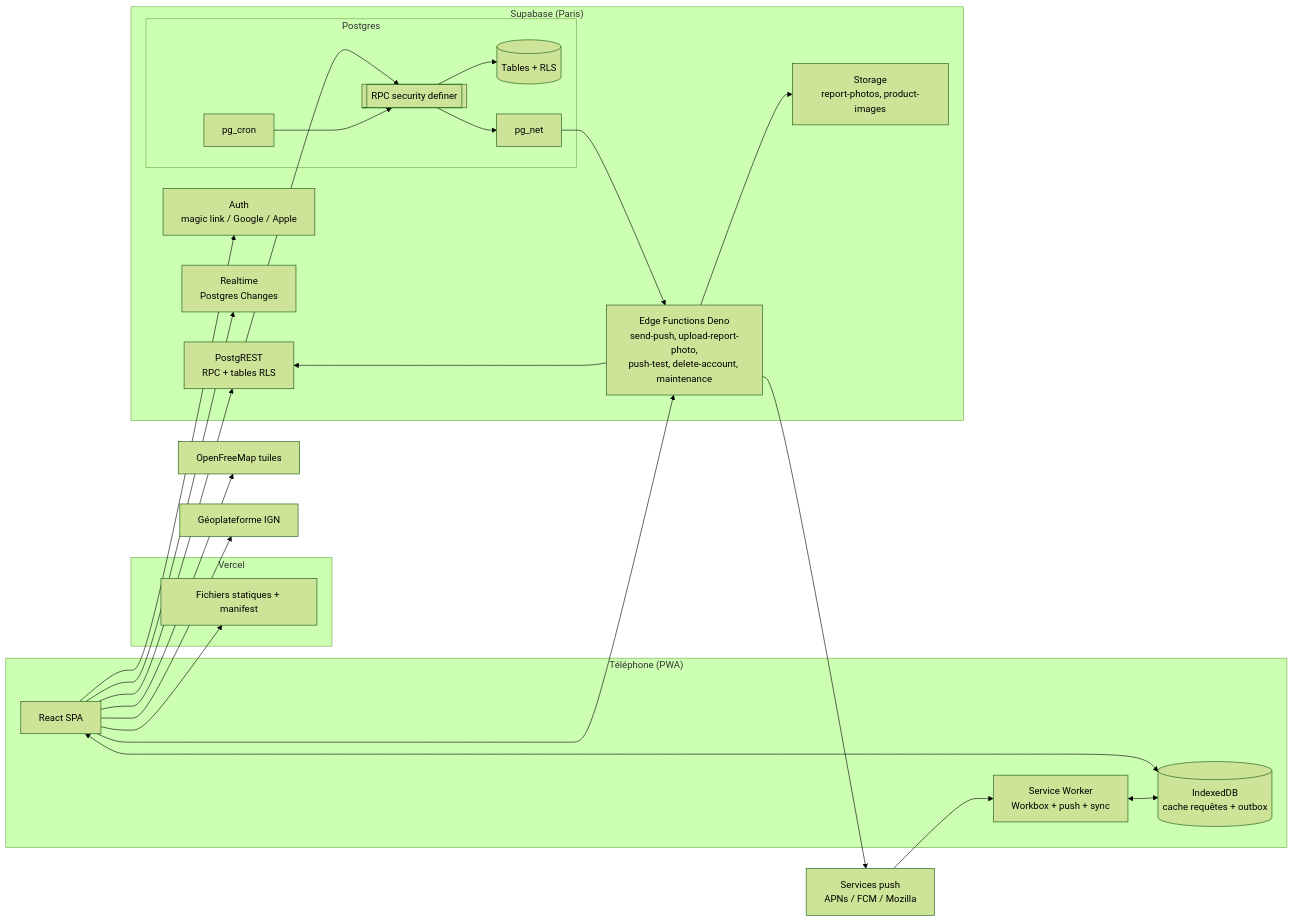
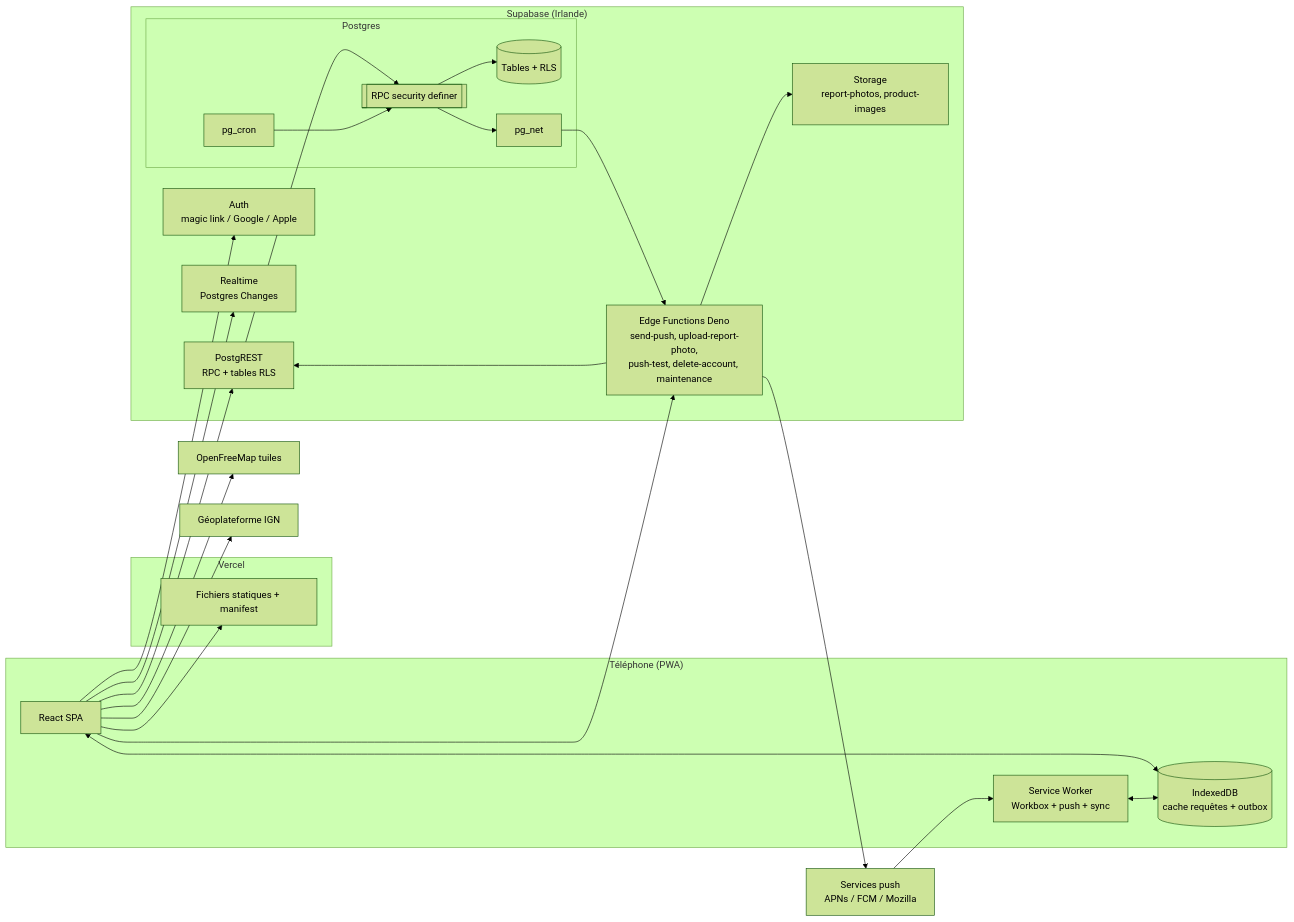
One commit to alexisheritier13-prog/pokemon changed the first of 7 diagrams in docs/architecture.md. Above: the diagram before and after it, drawn with Mermaid (forest theme). The commit also changed other lines of this file and 2 other files, not shown here.

Commit message:
docs: story 1.5 applied to production; Supabase region is eu-west-1

````diff
--- a/docs/architecture.md
+++ b/docs/architecture.md
@@ -58,42 +58,42 @@
 ```mermaid
 graph LR
   subgraph Client["Téléphone (PWA)"]
     UI[React SPA]
     SW[Service Worker<br/>Workbox + push + sync]
     IDB[(IndexedDB<br/>cache requêtes + outbox)]
     UI <--> IDB
     SW <--> IDB
   end
   subgraph Vercel
     STATIC[Fichiers statiques + manifest]
   end
-  subgraph Supabase["Supabase (Paris)"]
+  subgraph Supabase["Supabase (Irlande)"]
     AUTH[Auth<br/>magic link / Google / Apple]
     REST[PostgREST<br/>RPC + tables RLS]
     RT[Realtime<br/>Postgres Changes]
     ST[Storage<br/>report-photos, product-images]
     subgraph PG[Postgres]
       TBL[(Tables + RLS)]
       RPC[[RPC security definer]]
       CRON[pg_cron]
       NET[pg_net]
     end
     EF[Edge Functions Deno<br/>send-push, upload-report-photo,<br/>push-test, delete-account, maintenance]
   end
   OFM[OpenFreeMap tuiles]
   GEO[Géoplateforme IGN]
   PUSH[Services push<br/>APNs / FCM / Mozilla]
   UI --> STATIC
   UI --> AUTH
   UI --> REST
   UI --> RT
   UI --> EF
   UI --> OFM
   UI --> GEO
   REST --> RPC --> TBL
   CRON --> RPC
   RPC --> NET --> EF
   EF --> REST
   EF --> ST
   EF --> PUSH --> SW
 ```
````
